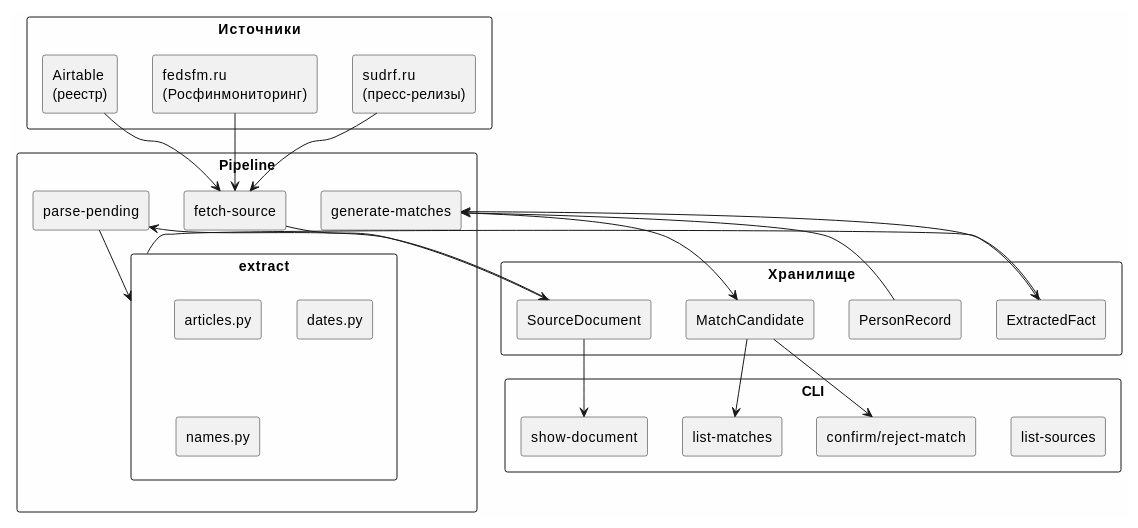
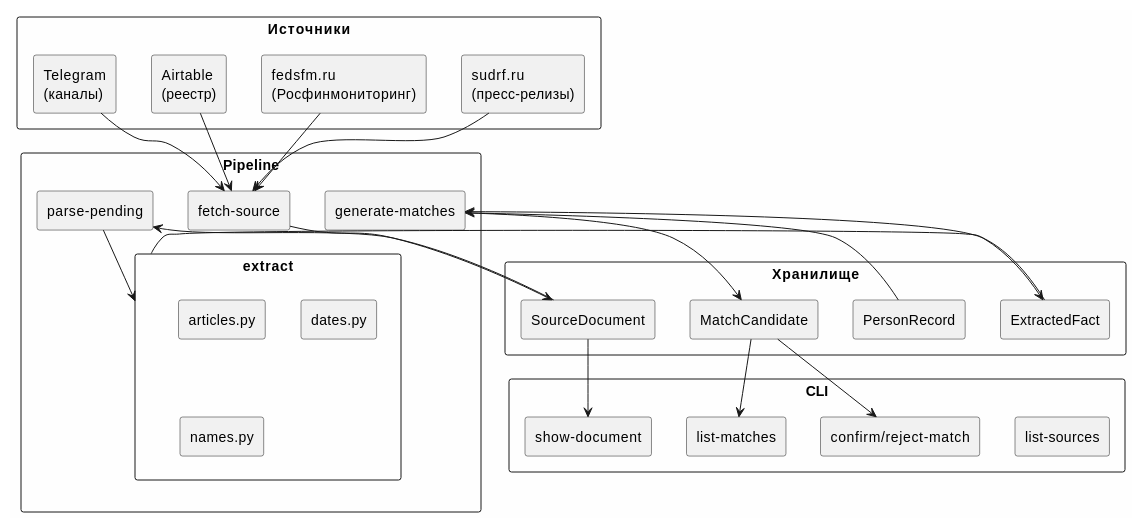
The diagram in README.md (megannnn98/court-monitor), drawn with PlantUML before and after one commit. The commit also changed other lines of this file and 6 other files, not shown here.

````diff
--- a/README.md
+++ b/README.md
@@ -24,50 +24,52 @@
 ```plantuml
 @startuml
 skinparam backgroundColor #FEFEFE
 
 rectangle "Источники" as SRC {
   rectangle "sudrf.ru\n(пресс-релизы)" as SUDRF
   rectangle "fedsfm.ru\n(Росфинмониторинг)" as RFM
   rectangle "Airtable\n(реестр)" as AT
+  rectangle "Telegram\n(каналы)" as TG
 }
 
 rectangle "Pipeline" as PIPE {
   rectangle "fetch-source" as FETCH
   rectangle "parse-pending" as PARSE
   rectangle "extract" as EXT {
     rectangle "articles.py" as ART
     rectangle "dates.py" as DATE
     rectangle "names.py" as NAME
   }
   rectangle "generate-matches" as MATCH
 }
 
 rectangle "Хранилище" as DB {
   rectangle "SourceDocument" as DOC
   rectangle "ExtractedFact" as FACT
   rectangle "PersonRecord" as PR
   rectangle "MatchCandidate" as MC
 }
 
 rectangle "CLI" as CLI {
   rectangle "list-sources" as LS
   rectangle "show-document" as SD
   rectangle "list-matches" as LM
   rectangle "confirm/reject-match" as CRM
 }
 
 SUDRF --> FETCH
 RFM --> FETCH
 AT --> FETCH
+TG --> FETCH
 FETCH --> DOC
 DOC --> PARSE
 PARSE --> EXT
 EXT --> FACT
 FACT --> MATCH
 PR --> MATCH
 MATCH --> MC
 DOC --> SD
 MC --> LM
 MC --> CRM
 @enduml
 ```
````
